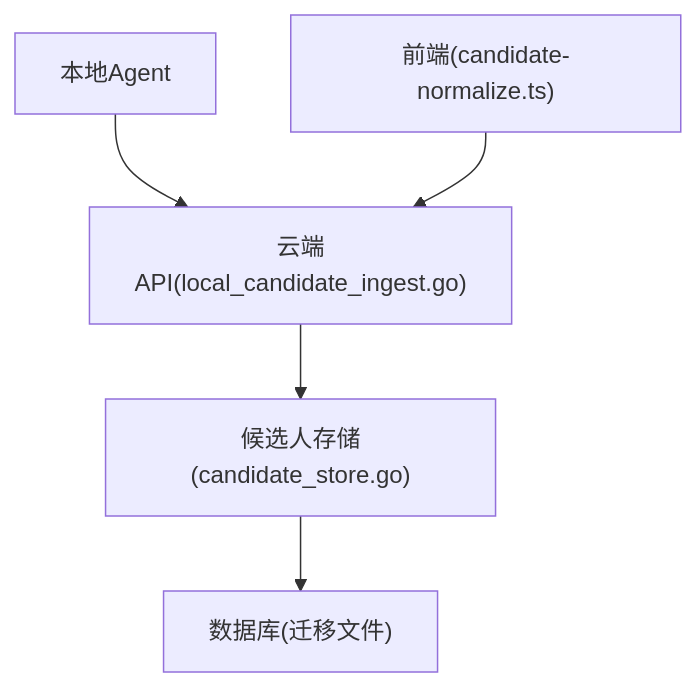
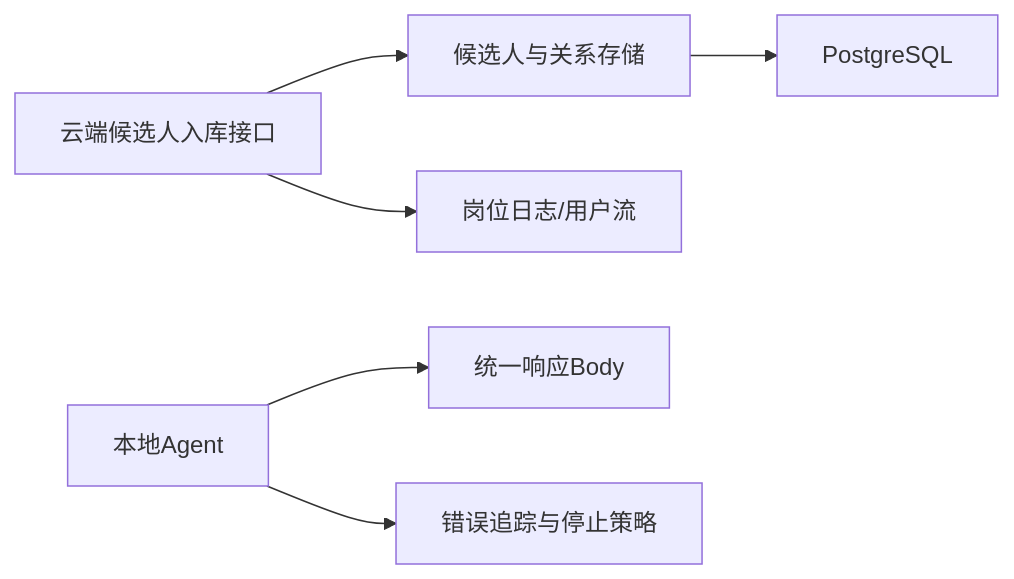
The third of 3 diagrams in .qoder/repowiki/zh/content/云端后端服务/候选人处理系统/候选人数据摄入/候选人数据验证.md (alvinwangzi/goodhr), drawn with Mermaid before and after one commit. The commit also changed other lines of this file and 149 other files, not shown here.

````diff
--- a/.qoder/repowiki/zh/content/云端后端服务/候选人处理系统/候选人数据摄入/候选人数据验证.md
+++ b/.qoder/repowiki/zh/content/云端后端服务/候选人处理系统/候选人数据摄入/候选人数据验证.md
@@ -331,7 +197,8 @@
 ```mermaid
-graph TB
-API["云端API(local_candidate_ingest.go)"] --> Store["候选人存储(candidate_store.go)"]
-Store --> DB["数据库(迁移文件)"]
-LA["本地Agent"] --> API
-FE["前端(candidate-normalize.ts)"] --> API
+graph LR
+API["云端候选人入库接口"] --> STORE["候选人与关系存储"]
+STORE --> DB["PostgreSQL"]
+API --> LOGS["岗位日志/用户流"]
+LA["本地Agent"] --> RESP["统一响应Body"]
+LA --> ERR["错误追踪与停止策略"]
 ```
````
